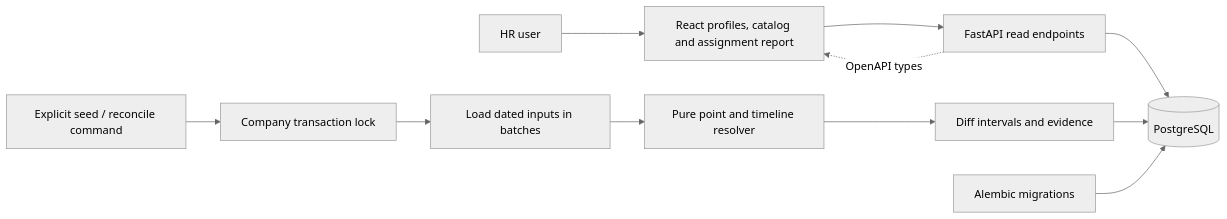
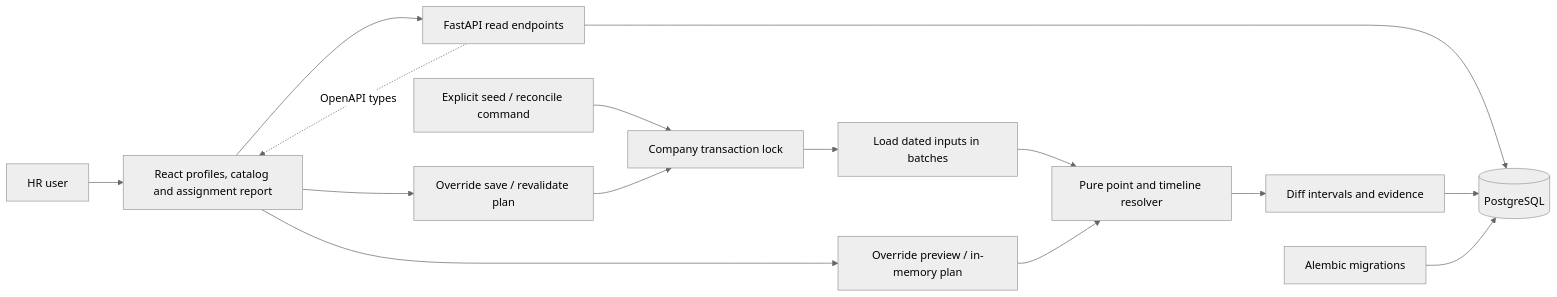
One commit to yarora21/warping changed the first of 2 diagrams in docs/architecture.md. Above: the diagram before and after it, drawn with Mermaid (neutral theme). The commit also changed other lines of this file and 14 other files, not shown here.

````diff
--- a/docs/architecture.md
+++ b/docs/architecture.md
@@ -5,13 +5,17 @@
 ```mermaid
 flowchart LR
     HR[HR user] --> UI[React profiles, catalog and assignment report]
     UI --> API[FastAPI read endpoints]
     API --> DB[(PostgreSQL)]
     SEED[Explicit seed / reconcile command] --> LOCK[Company transaction lock]
     LOCK --> LOAD[Load dated inputs in batches]
     LOAD --> RESOLVE[Pure point and timeline resolver]
     RESOLVE --> DIFF[Diff intervals and evidence]
     DIFF --> DB
     MIG[Alembic migrations] --> DB
     API -. OpenAPI types .-> UI
+    UI --> PREVIEW[Override preview / in-memory plan]
+    PREVIEW --> RESOLVE
+    UI --> SAVE[Override save / revalidate plan]
+    SAVE --> LOCK
 ```
````
